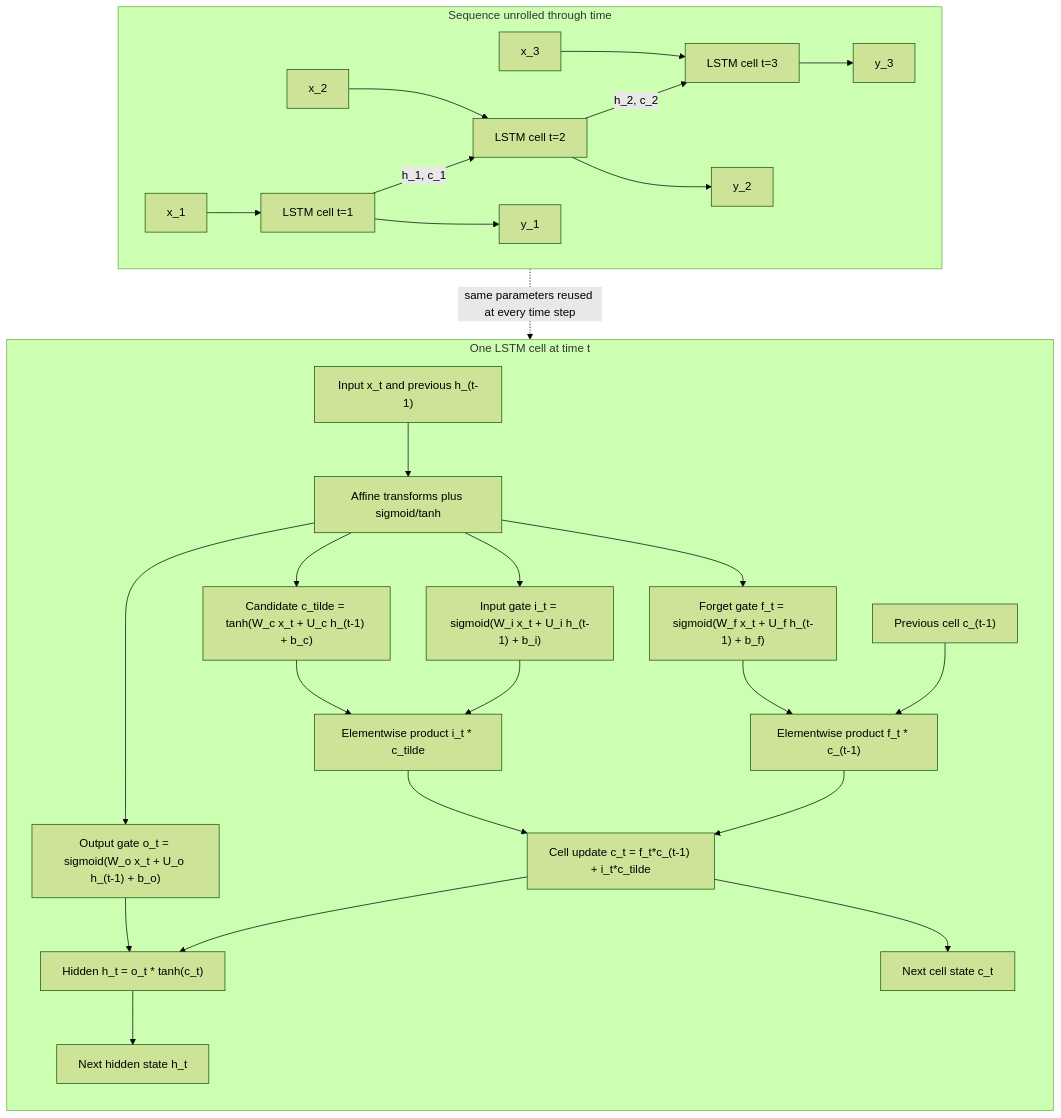
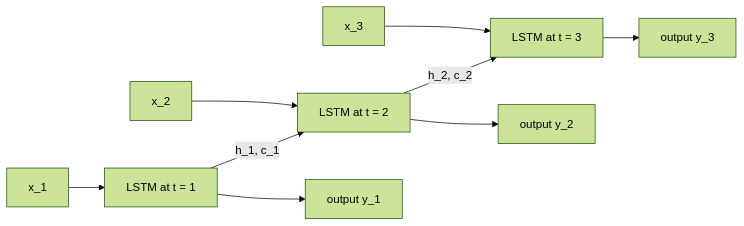
The diagram in docs/cs/nlp/rnns-lstms-sequence-modeling.md (justinbrianhwang/SJ-wiki), drawn with Mermaid (forest theme) before and after one commit. The commit also changed other lines of this file and 166 other files, not shown here.

````diff
--- a/docs/cs/nlp/rnns-lstms-sequence-modeling.md
+++ b/docs/cs/nlp/rnns-lstms-sequence-modeling.md
@@ -80,35 +98,11 @@
 ```mermaid
-flowchart TB
-  subgraph Unroll["Sequence unrolled through time"]
-    direction LR
-    X1["x_1"] --> Cell1["LSTM cell t=1"]
-    X2["x_2"] --> Cell2["LSTM cell t=2"]
-    X3["x_3"] --> Cell3["LSTM cell t=3"]
-    Cell1 -- "h_1, c_1" --> Cell2
-    Cell2 -- "h_2, c_2" --> Cell3
-    Cell1 --> Y1["y_1"]
-    Cell2 --> Y2["y_2"]
-    Cell3 --> Y3["y_3"]
-  end
-
-  subgraph LSTM["One LSTM cell at time t"]
-    direction TB
-    Input["Input x_t and previous h_(t-1)"] --> Gates["Affine transforms plus sigmoid/tanh"]
-    Gates --> Forget["Forget gate f_t = sigmoid(W_f x_t + U_f h_(t-1) + b_f)"]
-    Gates --> InGate["Input gate i_t = sigmoid(W_i x_t + U_i h_(t-1) + b_i)"]
-    Gates --> Candidate["Candidate c_tilde = tanh(W_c x_t + U_c h_(t-1) + b_c)"]
-    Gates --> OutGate["Output gate o_t = sigmoid(W_o x_t + U_o h_(t-1) + b_o)"]
-    PrevC["Previous cell c_(t-1)"] --> Keep["Elementwise product f_t * c_(t-1)"]
-    Forget --> Keep
-    InGate --> Write["Elementwise product i_t * c_tilde"]
-    Candidate --> Write
-    Keep --> Add["Cell update c_t = f_t*c_(t-1) + i_t*c_tilde"]
-    Write --> Add
-    Add --> Expose["Hidden h_t = o_t * tanh(c_t)"]
-    OutGate --> Expose
-    Add --> NextC["Next cell state c_t"]
-    Expose --> NextH["Next hidden state h_t"]
-  end
-
-  Cell2 -. "same parameters reused at every time step" .-> LSTM
+flowchart LR
+  X1["x_1"] --> C1["LSTM at t = 1"]
+  C1 -- "h_1, c_1" --> C2["LSTM at t = 2"]
+  X2["x_2"] --> C2
+  C2 -- "h_2, c_2" --> C3["LSTM at t = 3"]
+  X3["x_3"] --> C3
+  C1 --> Y1["output y_1"]
+  C2 --> Y2["output y_2"]
+  C3 --> Y3["output y_3"]
 ```
````
